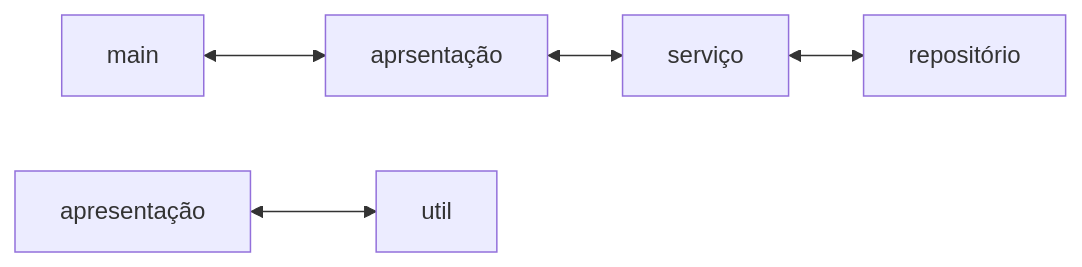
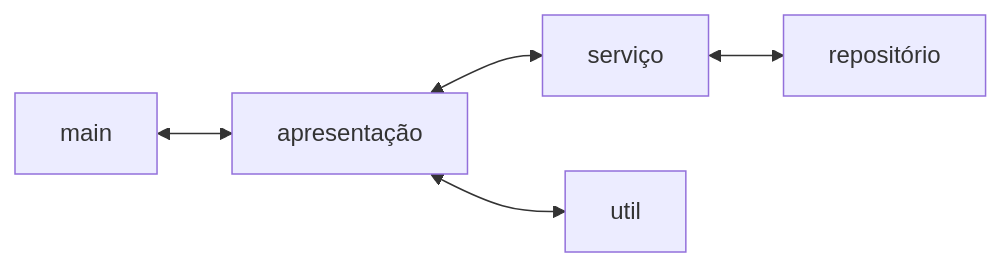
The diagram in README.md (joaopedroaguiarsilva/RoteiroRefactoringJS), drawn with Mermaid before and after one commit.

````diff
--- a/README.md
+++ b/README.md
@@ -526,5 +526,5 @@
 ```mermaid
 flowchart LR
-    main <--> aprsentação <--> serviço  <--> repositório 
+    main <--> apresentação <--> serviço  <--> repositório 
     apresentação <--> util
 ```
````
